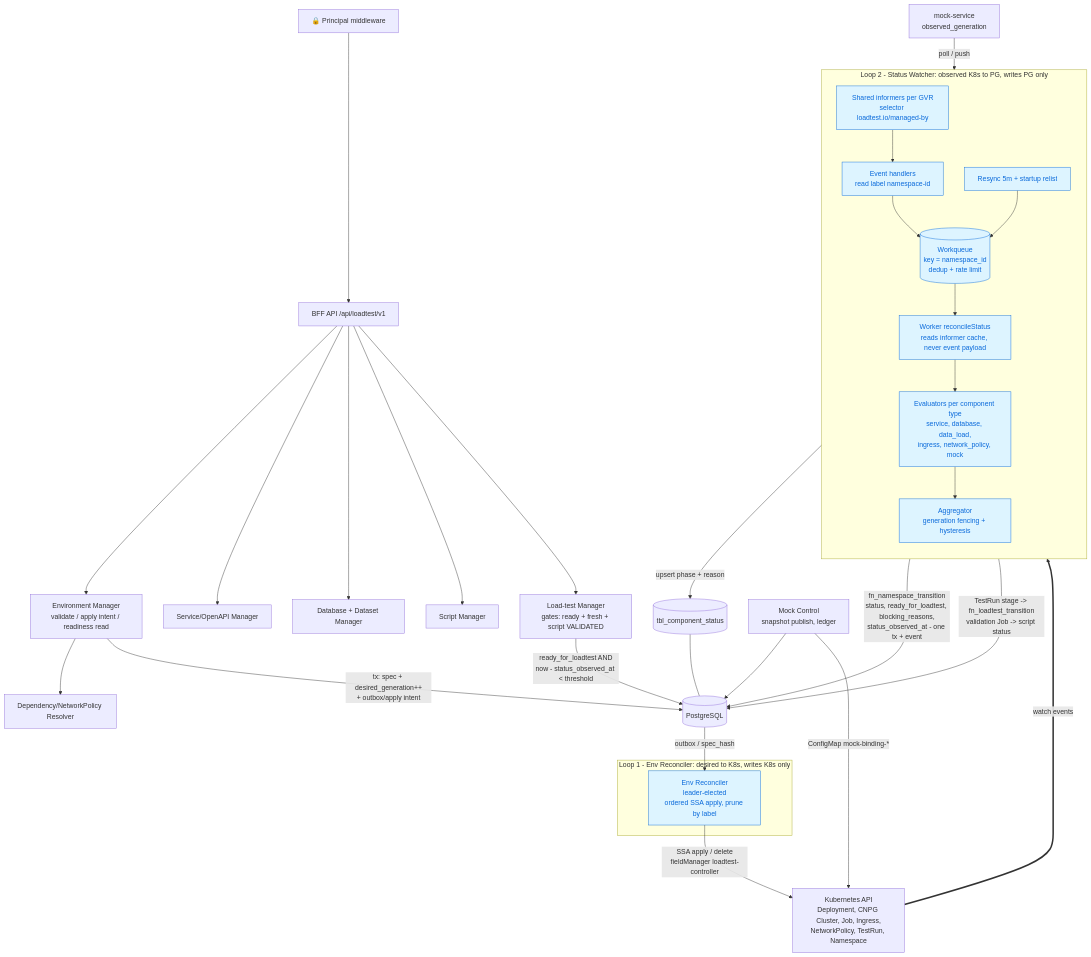
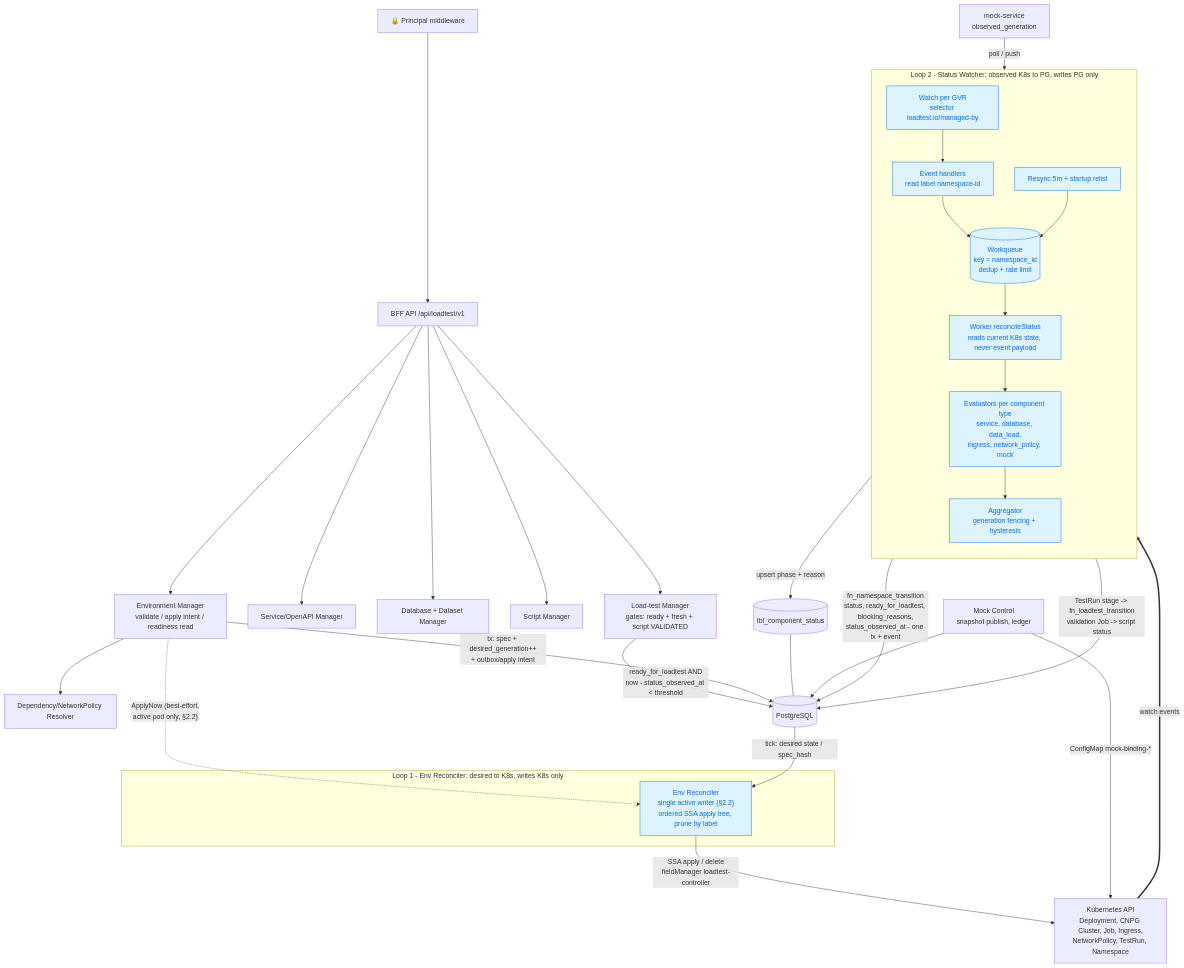
Before and after one commit to hungpham10/take-home-assigment: the second of 7 diagrams in docs/architecture.md, drawn with Mermaid. The commit also changed other lines of this file and 19 other files, not shown here.

First line of the commit message:
feat(envreconciler): refactor apply tree to Component composite pattern

````diff
--- a/docs/architecture.md
+++ b/docs/architecture.md
@@ -122,47 +176,48 @@
 ```mermaid
 flowchart TB
   MW["🔒 Principal middleware"] --> API["BFF API /api/loadtest/v1"]
 
   API --> ENV["Environment Manager<br/>validate / apply intent / readiness read"]
   API --> SVC["Service/OpenAPI Manager"]
   API --> DBM["Database + Dataset Manager"]
   API --> SCR["Script Manager"]
   API --> LTM["Load-test Manager<br/>gates: ready + fresh + script VALIDATED"]
   ENV --> DEP["Dependency/NetworkPolicy Resolver"]
   LTM -->|"ready_for_loadtest AND<br/>now - status_observed_at < threshold"| PG
 
   ENV -->|"tx: spec + desired_generation++<br/>+ outbox/apply intent"| PG[("PostgreSQL")]
+  ENV -.->|"ApplyNow (best-effort,<br/>active pod only, §2.2)"| REC
 
   subgraph LOOP1["Loop 1 - Env Reconciler: desired to K8s, writes K8s only"]
-    REC["Env Reconciler<br/>leader-elected<br/>ordered SSA apply, prune by label"]
+    REC["Env Reconciler<br/>single active writer (§2.2)<br/>ordered SSA apply tree, prune by label"]
   end
-  PG -->|"outbox / spec_hash"| REC
+  PG -->|"tick: desired state / spec_hash"| REC
   REC -->|"SSA apply / delete<br/>fieldManager loadtest-controller"| K["Kubernetes API<br/>Deployment, CNPG Cluster, Job, Ingress,<br/>NetworkPolicy, TestRun, Namespace"]
 
   subgraph LOOP2["Loop 2 - Status Watcher: observed K8s to PG, writes PG only"]
     direction TB
-    INF["Shared informers per GVR<br/>selector loadtest.io/managed-by"]
+    INF["Watch per GVR<br/>selector loadtest.io/managed-by"]
     HND["Event handlers<br/>read label namespace-id"]
     WQ[("Workqueue<br/>key = namespace_id<br/>dedup + rate limit")]
     RSY["Resync 5m + startup relist"]
-    WRK["Worker reconcileStatus<br/>reads informer cache, never event payload"]
+    WRK["Worker reconcileStatus<br/>reads current K8s state, never event payload"]
     EVL["Evaluators per component type<br/>service, database, data_load,<br/>ingress, network_policy, mock"]
     AGG["Aggregator<br/>generation fencing + hysteresis"]
     INF --> HND --> WQ
     RSY --> WQ
     WQ --> WRK --> EVL --> AGG
   end
   K ==>|"watch events"| INF
   MOCKSVC["mock-service<br/>observed_generation"] -->|"poll / push"| WQ
 
   EVL -->|"upsert phase + reason"| CS[("tbl_component_status")]
   AGG -->|"fn_namespace_transition<br/>status, ready_for_loadtest, blocking_reasons,<br/>status_observed_at - one tx + event"| PG
   WRK -->|"TestRun stage -> fn_loadtest_transition<br/>validation Job -> script status"| PG
   CS --- PG
 
   MOCKC["Mock Control<br/>snapshot publish, ledger"] --> PG
   MOCKC -->|"ConfigMap mock-binding-*"| K
 
   classDef loop fill:#ddf4ff,stroke:#0969da,color:#0969da;
   class REC,INF,HND,WQ,RSY,WRK,EVL,AGG loop;
 ```
````
